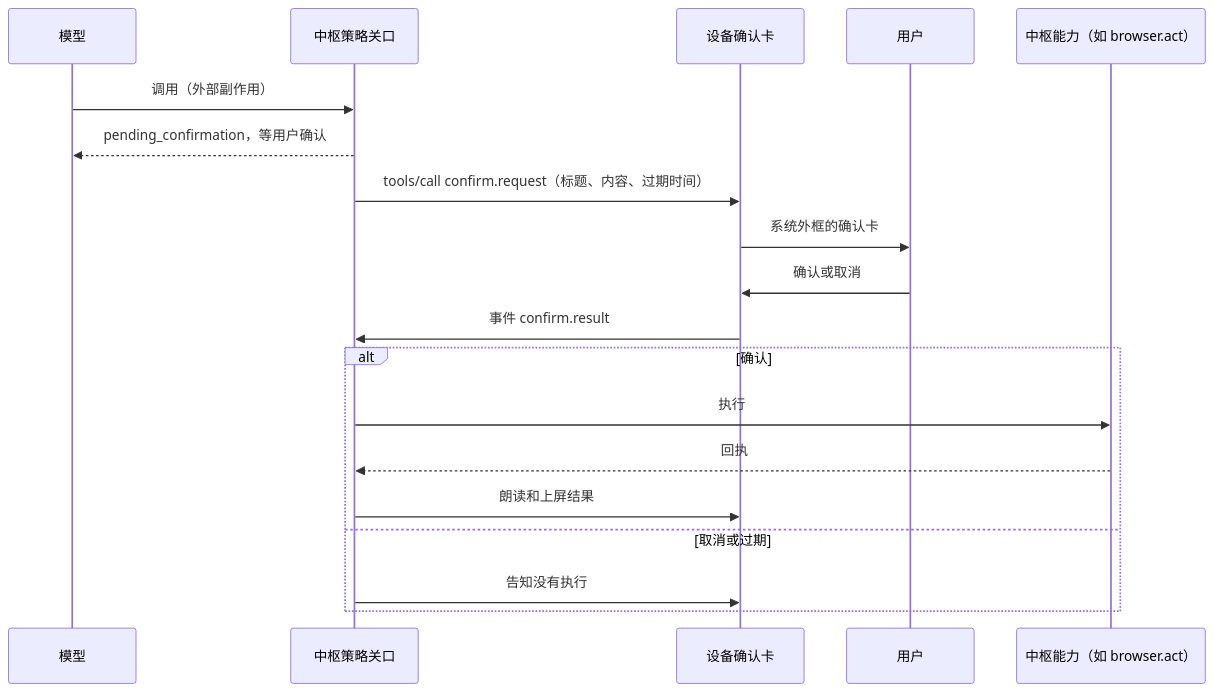
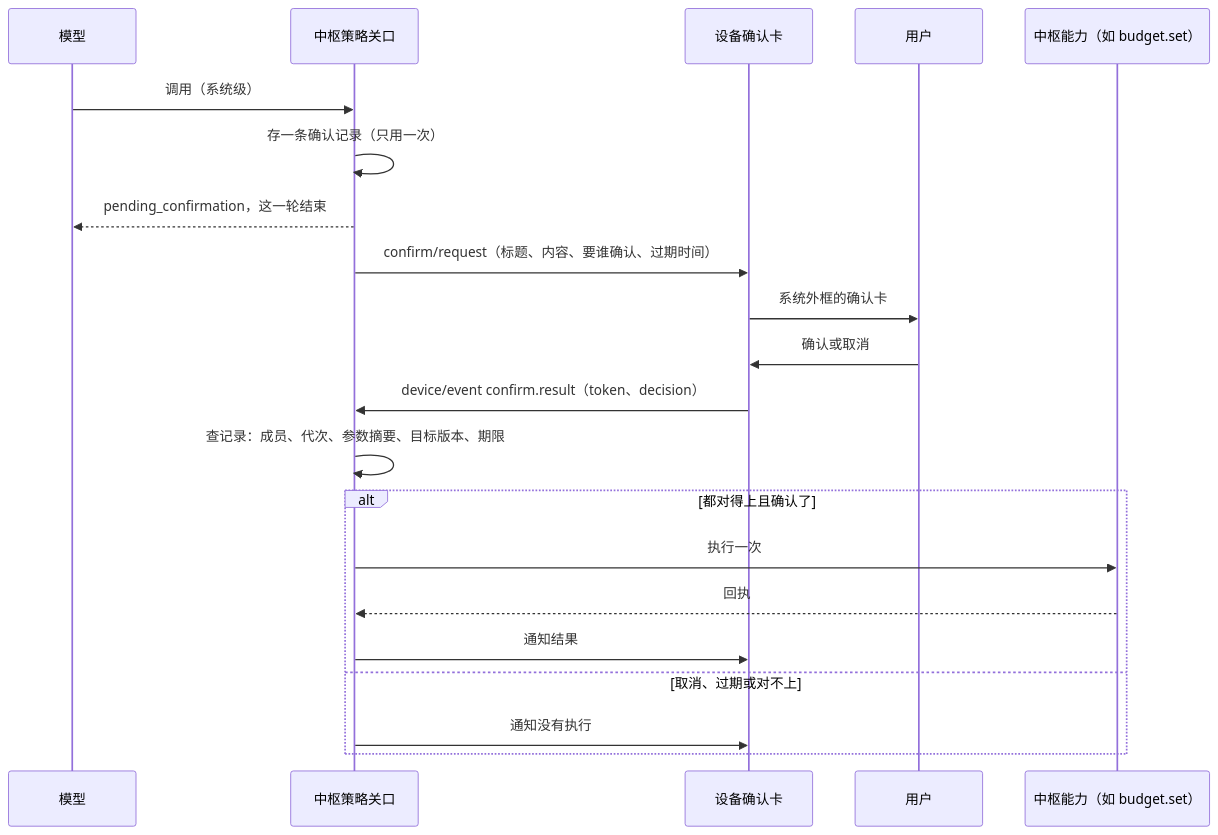
Before and after one commit to Gidean-zcx/ink: diagram 16 of 16 in docs/hub/hub-architecture.md, drawn with Mermaid. The commit also changed other lines of this file and 16 other files, not shown here.

````diff
--- a/docs/hub/hub-architecture.md
+++ b/docs/hub/hub-architecture.md
@@ -1097,21 +1236,23 @@
 ```mermaid
 sequenceDiagram
   participant L as 模型
   participant H as 中枢策略关口
   participant D as 设备确认卡
   participant U as 用户
-  participant C as 中枢能力（如 browser.act）
-  L->>H: 调用（外部副作用）
-  H-->>L: pending_confirmation，等用户确认
-  H->>D: tools/call confirm.request（标题、内容、过期时间）
+  participant C as 中枢能力（如 budget.set）
+  L->>H: 调用（系统级）
+  H->>H: 存一条确认记录（只用一次）
+  H-->>L: pending_confirmation，这一轮结束
+  H->>D: confirm/request（标题、内容、要谁确认、过期时间）
   D->>U: 系统外框的确认卡
   U->>D: 确认或取消
-  D->>H: 事件 confirm.result
-  alt 确认
-    H->>C: 执行
+  D->>H: device/event confirm.result（token、decision）
+  H->>H: 查记录：成员、代次、参数摘要、目标版本、期限
+  alt 都对得上且确认了
+    H->>C: 执行一次
     C-->>H: 回执
-    H->>D: 朗读和上屏结果
-  else 取消或过期
-    H->>D: 告知没有执行
+    H->>D: 通知结果
+  else 取消、过期或对不上
+    H->>D: 通知没有执行
   end
 ```
````
